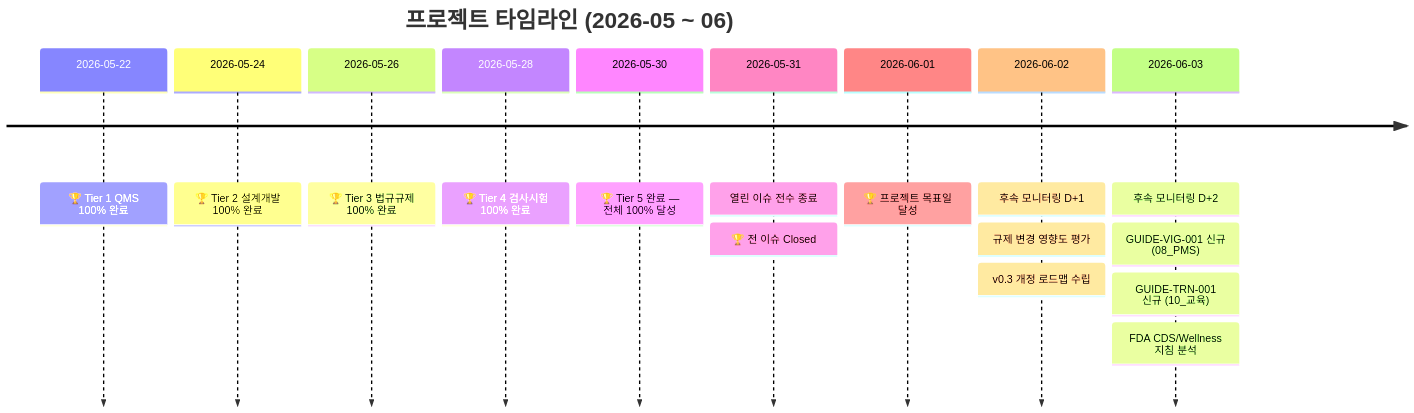
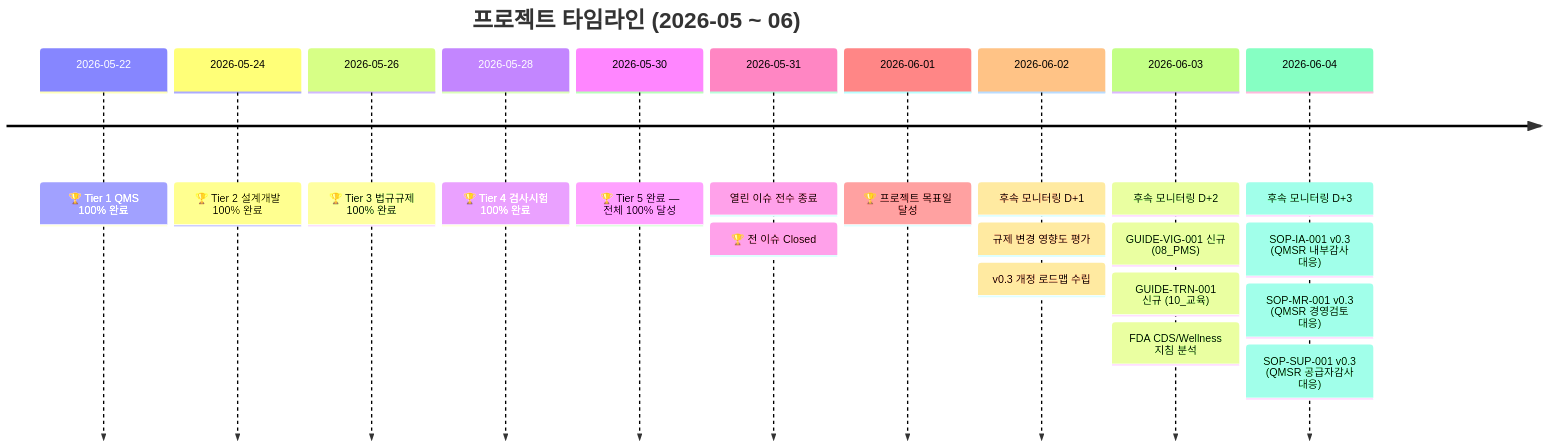
One commit to holee9/MD-process changed the third of 3 diagrams in README.md. Above: the diagram before and after it, drawn with Mermaid. The commit also changed other lines of this file and 1 other file, not shown here.

````diff
--- a/README.md
+++ b/README.md
@@ -189,19 +189,23 @@
 ```mermaid
 timeline
     title 프로젝트 타임라인 (2026-05 ~ 06)
     2026-05-22 : 🏆 Tier 1 QMS 100% 완료
     2026-05-24 : 🏆 Tier 2 설계개발 100% 완료
     2026-05-26 : 🏆 Tier 3 법규규제 100% 완료
     2026-05-28 : 🏆 Tier 4 검사시험 100% 완료
     2026-05-30 : 🏆 Tier 5 완료 — 전체 100% 달성
     2026-05-31 : 열린 이슈 전수 종료
                : 🏆 전 이슈 Closed
     2026-06-01 : 🏆 프로젝트 목표일 달성
     2026-06-02 : 후속 모니터링 D+1
                : 규제 변경 영향도 평가
                : v0.3 개정 로드맵 수립
     2026-06-03 : 후속 모니터링 D+2
                : GUIDE-VIG-001 신규 (08_PMS)
                : GUIDE-TRN-001 신규 (10_교육)
                : FDA CDS/Wellness 지침 분석
+    2026-06-04 : 후속 모니터링 D+3
+               : SOP-IA-001 v0.3 (QMSR 내부감사 대응)
+               : SOP-MR-001 v0.3 (QMSR 경영검토 대응)
+               : SOP-SUP-001 v0.3 (QMSR 공급자감사 대응)
 ```
````
